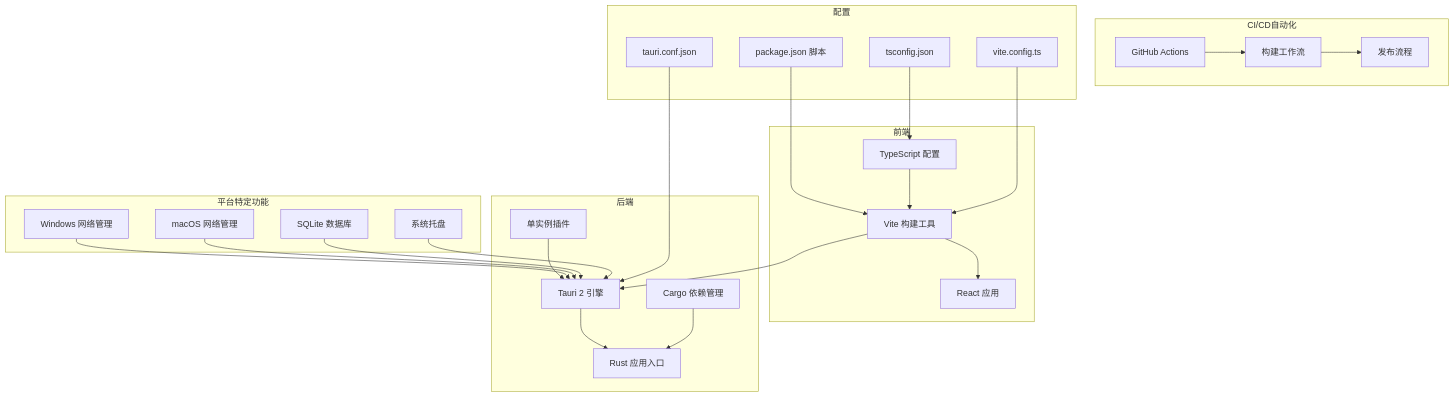
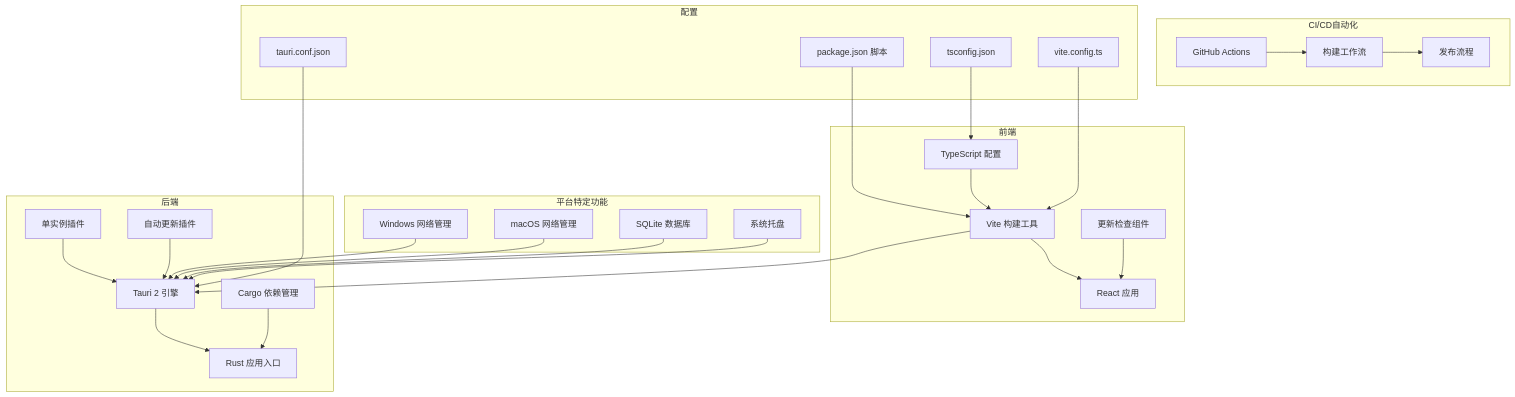
One commit to xdongliang/IPSwitcher changed the first of 3 diagrams in .qoder/repowiki/zh/content/部署指南.md. Above: the diagram before and after it, drawn with Mermaid. The commit also changed other lines of this file and 7 other files, not shown here.

````diff
--- a/.qoder/repowiki/zh/content/部署指南.md
+++ b/.qoder/repowiki/zh/content/部署指南.md
@@ -50,47 +53,51 @@
 ```mermaid
 graph TB
 subgraph "前端"
 Vite["Vite 构建工具"]
 React["React 应用"]
 TS["TypeScript 配置"]
+UpdateChecker["更新检查组件"]
 end
 subgraph "后端"
 Tauri["Tauri 2 引擎"]
 RustApp["Rust 应用入口"]
 Cargo["Cargo 依赖管理"]
 SingleInstance["单实例插件"]
+Updater["自动更新插件"]
 end
 subgraph "平台特定功能"
 WindowsNet["Windows 网络管理"]
 MacOSNet["macOS 网络管理"]
 SQLiteDB["SQLite 数据库"]
 TrayIcon["系统托盘"]
 end
 subgraph "CI/CD自动化"
 Actions["GitHub Actions"]
 Workflow["构建工作流"]
 Release["发布流程"]
 end
 subgraph "配置"
 Pkg["package.json 脚本"]
 VConf["vite.config.ts"]
 TConf["tauri.conf.json"]
 Cfg["tsconfig.json"]
 end
 Pkg --> Vite
 Vite --> React
 TS --> Vite
 Vite --> Tauri
 Tauri --> RustApp
 Cargo --> RustApp
 SingleInstance --> Tauri
+Updater --> Tauri
 WindowsNet --> Tauri
 MacOSNet --> Tauri
 SQLiteDB --> Tauri
 TrayIcon --> Tauri
 VConf --> Vite
 TConf --> Tauri
 Cfg --> TS
 Actions --> Workflow
 Workflow --> Release
+UpdateChecker --> React
 ```
````
